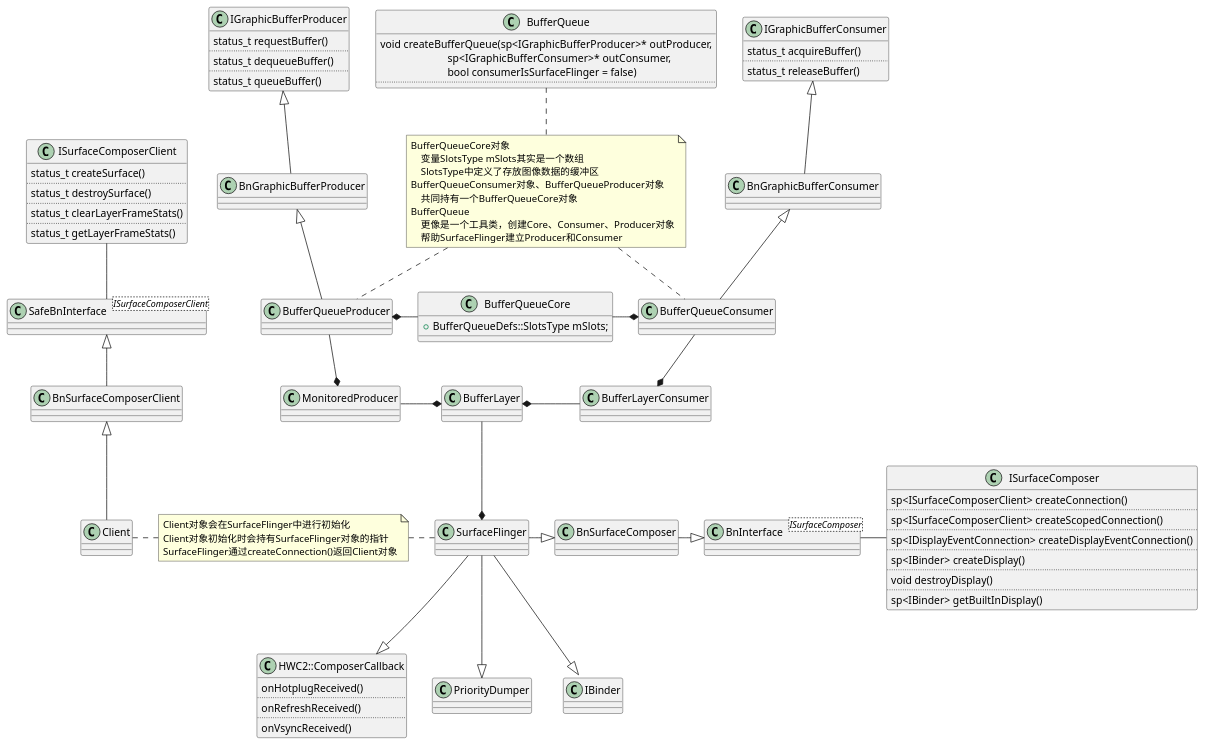
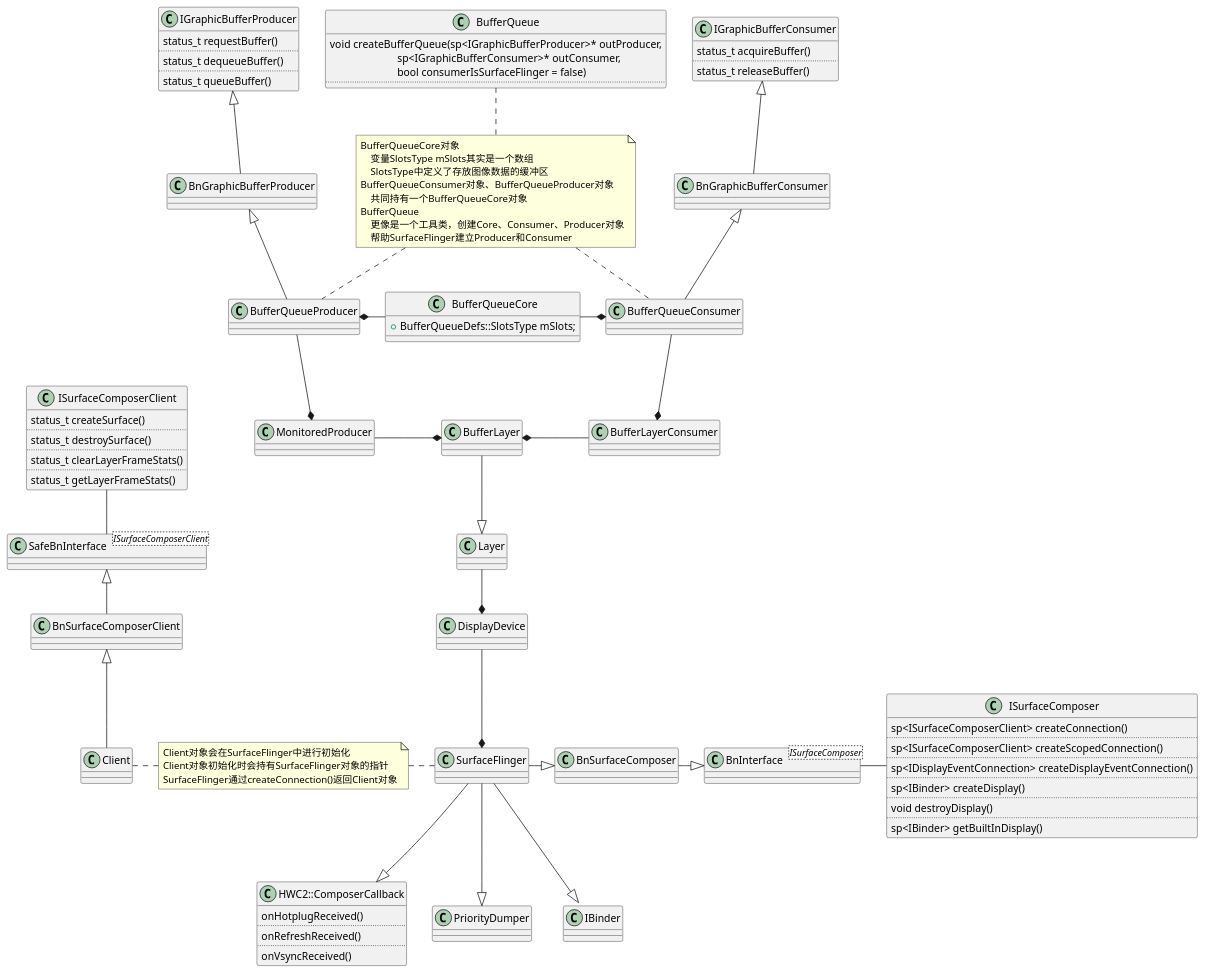
Before and after one commit to lijieqing/ThreadFactory: the diagram in src/hua/lee/zygote/SurfaceFlingerClass.puml, drawn with PlantUML. The commit also changed 6 other files, not shown here.

```diff
--- a/src/hua/lee/zygote/SurfaceFlingerClass.puml
+++ b/src/hua/lee/zygote/SurfaceFlingerClass.puml
@@ -1,122 +1,127 @@
 @startuml
 class SurfaceFlinger
 class BnSurfaceComposer
 class HWC2::ComposerCallback{
     onHotplugReceived()
     ..
     onRefreshReceived()
     ..
     onVsyncReceived()
 }
 
 SurfaceFlinger -right-|> BnSurfaceComposer
 SurfaceFlinger -down-|> HWC2::ComposerCallback
 SurfaceFlinger -down-|> PriorityDumper
 SurfaceFlinger -down-|> IBinder::DeathRecipient
 class BnInterface<ISurfaceComposer>
 class ISurfaceComposer{
     sp<ISurfaceComposerClient> createConnection()
     ..
     sp<ISurfaceComposerClient> createScopedConnection()
     ..
     sp<IDisplayEventConnection> createDisplayEventConnection()
     ..
     sp<IBinder> createDisplay()
     ..
     void destroyDisplay()
     ..
     sp<IBinder> getBuiltInDisplay()
 }
 BnSurfaceComposer -right-|> BnInterface
 BnInterface -right- ISurfaceComposer
 
 class Client
 class BnSurfaceComposerClient
 class SafeBnInterface<ISurfaceComposerClient>
 class ISurfaceComposerClient{
     status_t createSurface()
     ..
     status_t destroySurface()
     ..
     status_t clearLayerFrameStats()
     ..
     status_t getLayerFrameStats()
 }
 
 Client -up-|> BnSurfaceComposerClient
 BnSurfaceComposerClient -up-|> SafeBnInterface
 SafeBnInterface -up- ISurfaceComposerClient
 
 note as sfNote
 Client对象会在SurfaceFlinger中进行初始化
 Client对象初始化时会持有SurfaceFlinger对象的指针
 SurfaceFlinger通过createConnection()返回Client对象
 end note
 sfNote .right. SurfaceFlinger
 Client .right. sfNote
 
 class BufferQueue{
     void createBufferQueue(sp<IGraphicBufferProducer>* outProducer,\n\t\t\t sp<IGraphicBufferConsumer>* outConsumer,\n\t\t\t bool consumerIsSurfaceFlinger = false)
     ..
 }
 
 class BufferQueueProducer{
 }
 class BnGraphicBufferProducer{
 }
 class IGraphicBufferProducer{
     status_t requestBuffer()
     ..
     status_t dequeueBuffer()
     ..
     status_t queueBuffer()
 }
 BufferQueueProducer -up-|> BnGraphicBufferProducer
 BnGraphicBufferProducer -up-|> IGraphicBufferProducer
 
 class BufferQueueConsumer{
 }
 class BnGraphicBufferConsumer{
 }
 class IGraphicBufferConsumer{
     status_t acquireBuffer()
     ..
     status_t releaseBuffer()
 }
 BufferQueueConsumer -up-|> BnGraphicBufferConsumer
 BnGraphicBufferConsumer -up-|> IGraphicBufferConsumer
 
 class BufferQueueCore{
     + BufferQueueDefs::SlotsType mSlots;
 }
 BufferQueueConsumer *-left- BufferQueueCore
 BufferQueueProducer *-right- BufferQueueCore
 
 note as bqc
 BufferQueueCore对象
     变量SlotsType mSlots其实是一个数组
     SlotsType中定义了存放图像数据的缓冲区
 BufferQueueConsumer对象、BufferQueueProducer对象
     共同持有一个BufferQueueCore对象
 BufferQueue
     更像是一个工具类，创建Core、Consumer、Producer对象
     帮助SurfaceFlinger建立Producer和Consumer
 end note
 bqc .down. BufferQueueConsumer
 bqc .down. BufferQueueProducer
 bqc .up. BufferQueue
 
 class BufferLayer
 
 class MonitoredProducer
 MonitoredProducer *-up- BufferQueueProducer
 
 class BufferLayerConsumer
 BufferLayerConsumer *-up- BufferQueueConsumer
 
 BufferLayer *-left- MonitoredProducer
 BufferLayer *-right- BufferLayerConsumer
 
-SurfaceFlinger *-up- BufferLayer
+class DisplayDevice
+
+Layer <|-up- BufferLayer
+DisplayDevice *-up- Layer
+
+SurfaceFlinger *-up- DisplayDevice
 
 @enduml
```
